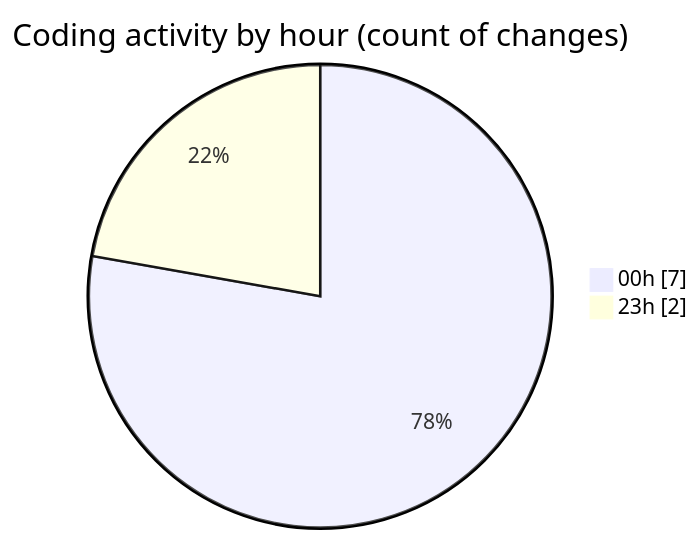
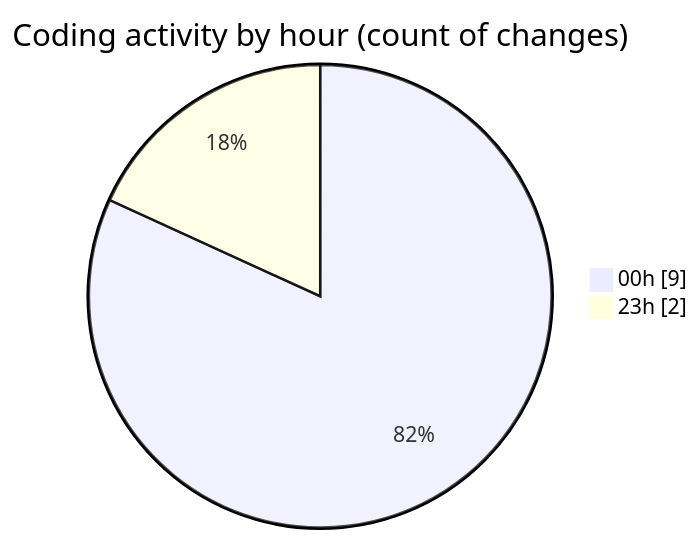
The second of 2 diagrams in 2025-11-15/cdp_aleoudev_fr__workspace_/README.md (julien-gomy/code-tracking), drawn with Mermaid before and after one commit. The commit also changed other lines of this file and 1 other file, not shown here.

````diff
--- a/2025-11-15/cdp_aleoudev_fr__workspace_/README.md
+++ b/2025-11-15/cdp_aleoudev_fr__workspace_/README.md
@@ -30,6 +30,6 @@
 ```mermaid
 pie showData
 title Coding activity by hour (count of changes)
-"00h" : 7
+"00h" : 9
 "23h" : 2
 ```
````
